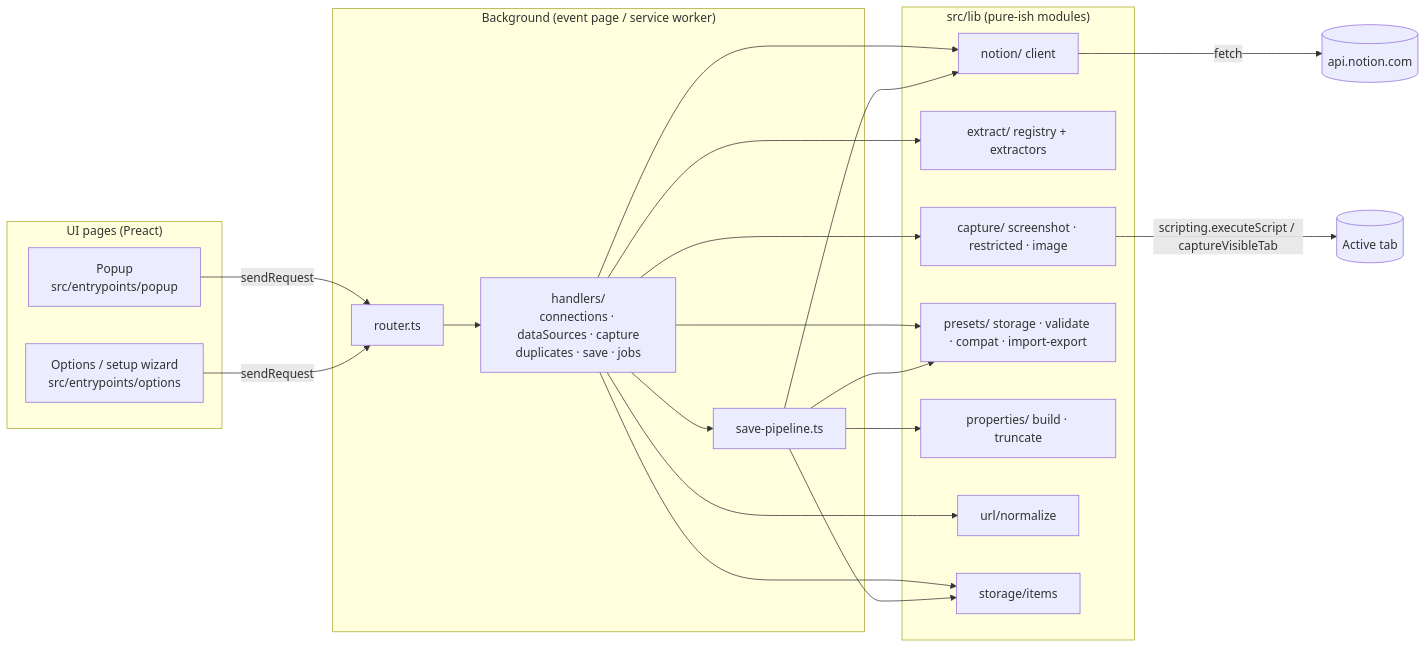
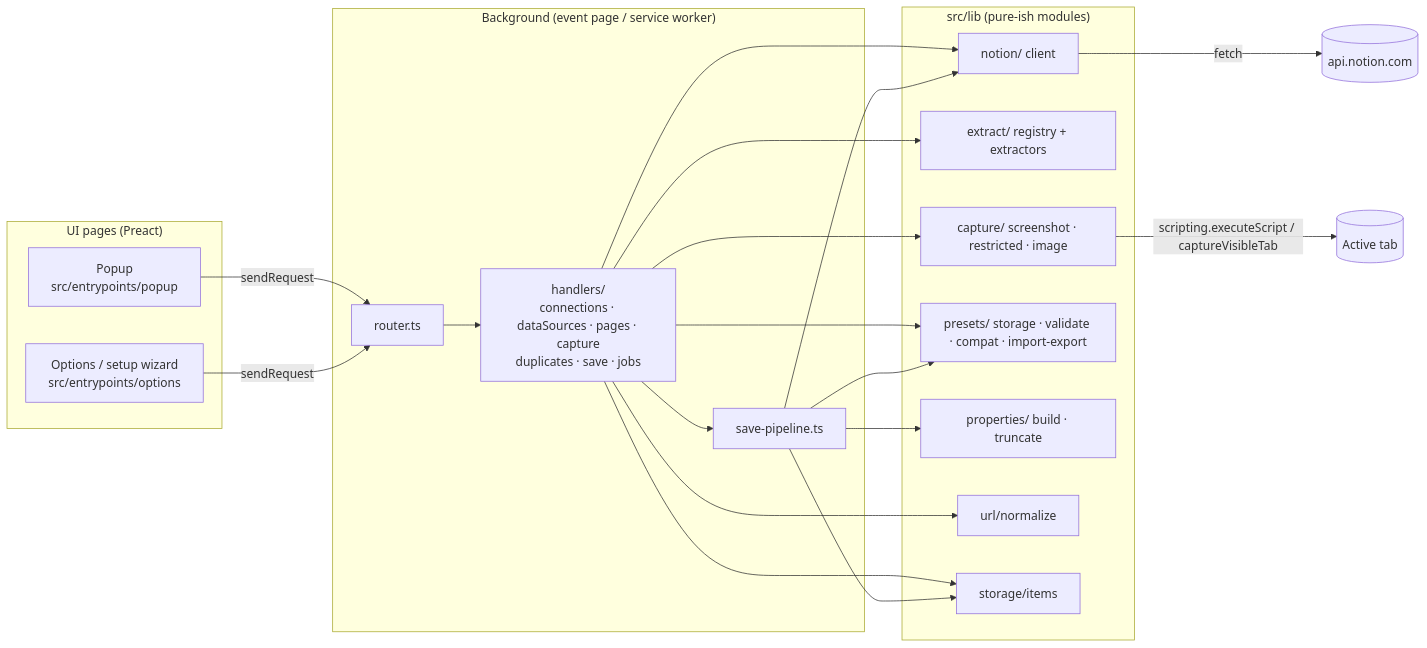
One commit to 3333444n/sitecatch changed the first of 4 diagrams in docs/architecture.md. Above: the diagram before and after it, drawn with Mermaid. The commit also changed other lines of this file and 4 other files, not shown here.

````diff
--- a/docs/architecture.md
+++ b/docs/architecture.md
@@ -7,31 +7,31 @@
 ```mermaid
 flowchart LR
   subgraph UI["UI pages (Preact)"]
     P[Popup<br/>src/entrypoints/popup]
     O[Options / setup wizard<br/>src/entrypoints/options]
   end
   subgraph BG["Background (event page / service worker)"]
     R[router.ts]
-    H[handlers/<br/>connections · dataSources · capture<br/>duplicates · save · jobs]
+    H[handlers/<br/>connections · dataSources · pages · capture<br/>duplicates · save · jobs]
     SP[save-pipeline.ts]
   end
   subgraph LIB["src/lib (pure-ish modules)"]
     N[notion/ client]
     X[extract/ registry + extractors]
     C[capture/ screenshot · restricted · image]
     PR[presets/ storage · validate · compat · import-export]
     PB[properties/ build · truncate]
     U[url/normalize]
     S[storage/items]
   end
   TAB[(Active tab)]
   NOTION[(api.notion.com)]
 
   P -- sendRequest --> R
   O -- sendRequest --> R
   R --> H --> SP
   H --> N & X & C & PR & U & S
   SP --> N & PB & PR & S
   C -- scripting.executeScript / captureVisibleTab --> TAB
   N -- fetch --> NOTION
 ```
````
